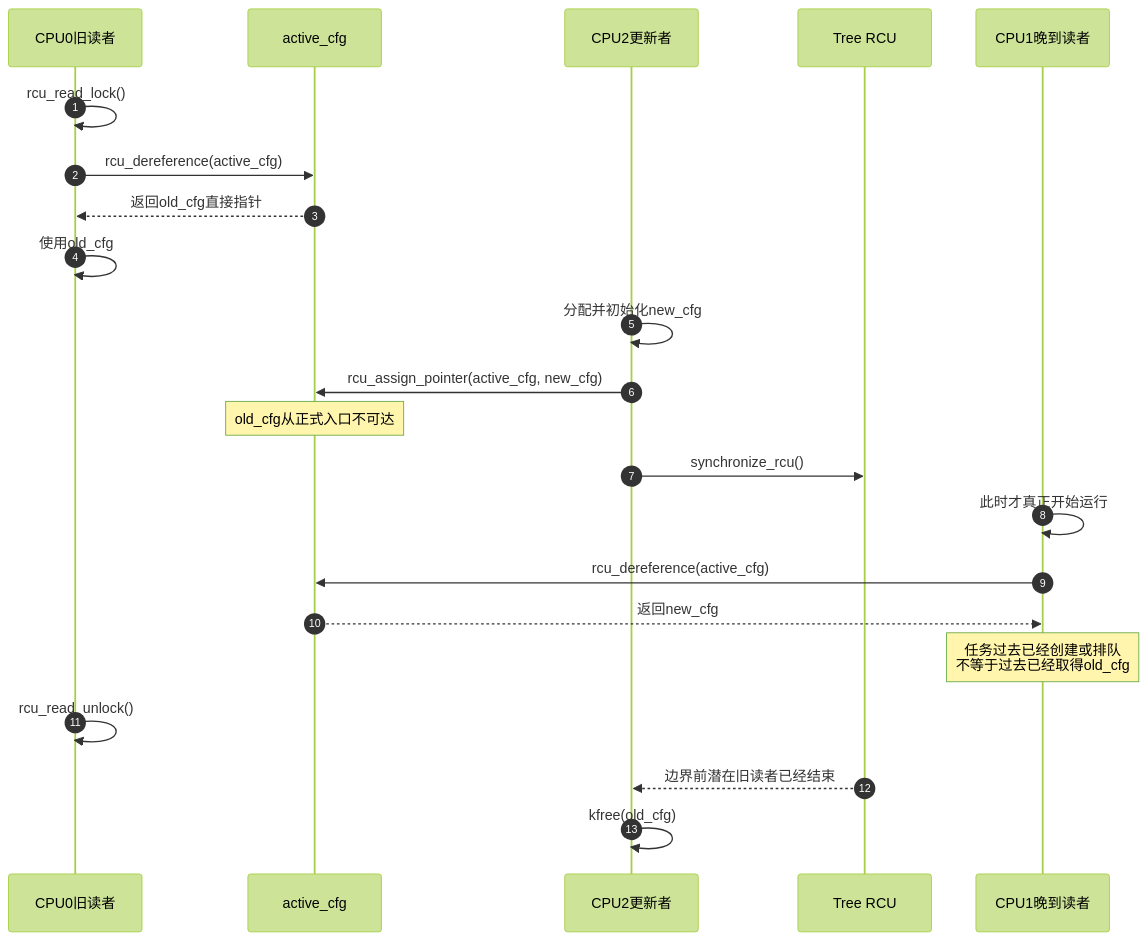
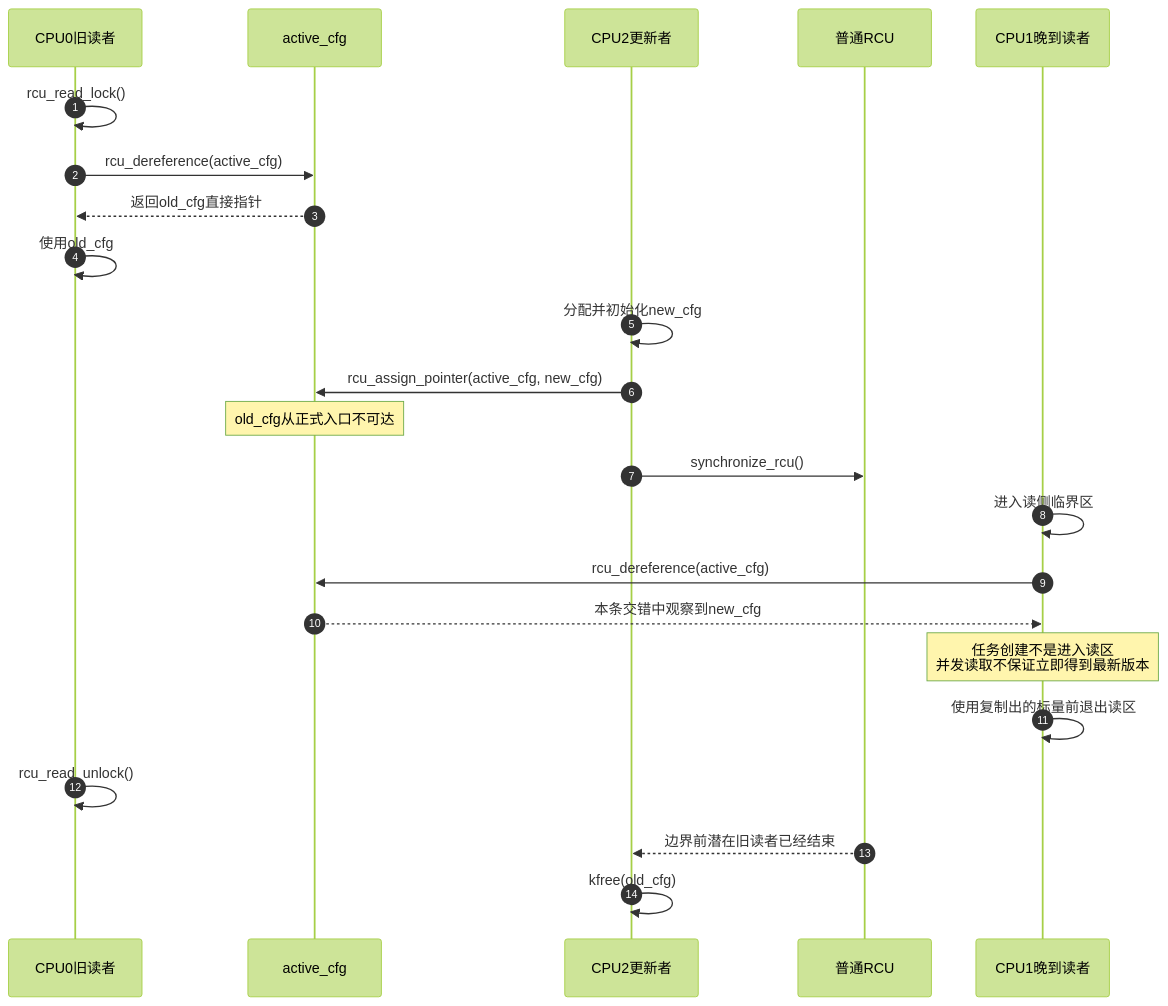
Before and after one commit to FormingSystem/linux_note: the second of 2 diagrams in knowledge/linux/synchronization_and_asynchrony/synchronization/rcu/P03_RCU_通用API与最小使用闭环.md, drawn with Mermaid (forest theme). The commit also changed other lines of this file and 6 other files, not shown here.

````diff
--- a/knowledge/linux/synchronization_and_asynchrony/synchronization/rcu/P03_RCU_通用API与最小使用闭环.md
+++ b/knowledge/linux/synchronization_and_asynchrony/synchronization/rcu/P03_RCU_通用API与最小使用闭环.md
@@ -198,28 +205,29 @@
 ```mermaid
 sequenceDiagram
     autonumber
     participant R0 as CPU0旧读者
     participant E as active_cfg
     participant W as CPU2更新者
-    participant GP as Tree RCU
+    participant GP as 普通RCU
     participant R1 as CPU1晚到读者
 
     R0->>R0: rcu_read_lock()
     R0->>E: rcu_dereference(active_cfg)
     E-->>R0: 返回old_cfg直接指针
     R0->>R0: 使用old_cfg
 
     W->>W: 分配并初始化new_cfg
     W->>E: rcu_assign_pointer(active_cfg, new_cfg)
     Note over E: old_cfg从正式入口不可达
     W->>GP: synchronize_rcu()
 
-    R1->>R1: 此时才真正开始运行
+    R1->>R1: 进入读侧临界区
     R1->>E: rcu_dereference(active_cfg)
-    E-->>R1: 返回new_cfg
-    Note over R1: 任务过去已经创建或排队<br/>不等于过去已经取得old_cfg
+    E-->>R1: 本条交错中观察到new_cfg
+    Note over R1: 任务创建不是进入读区<br/>并发读取不保证立即得到最新版本
+    R1->>R1: 使用复制出的标量前退出读区
 
     R0->>R0: rcu_read_unlock()
     GP-->>W: 边界前潜在旧读者已经结束
     W->>W: kfree(old_cfg)
 ```
````
